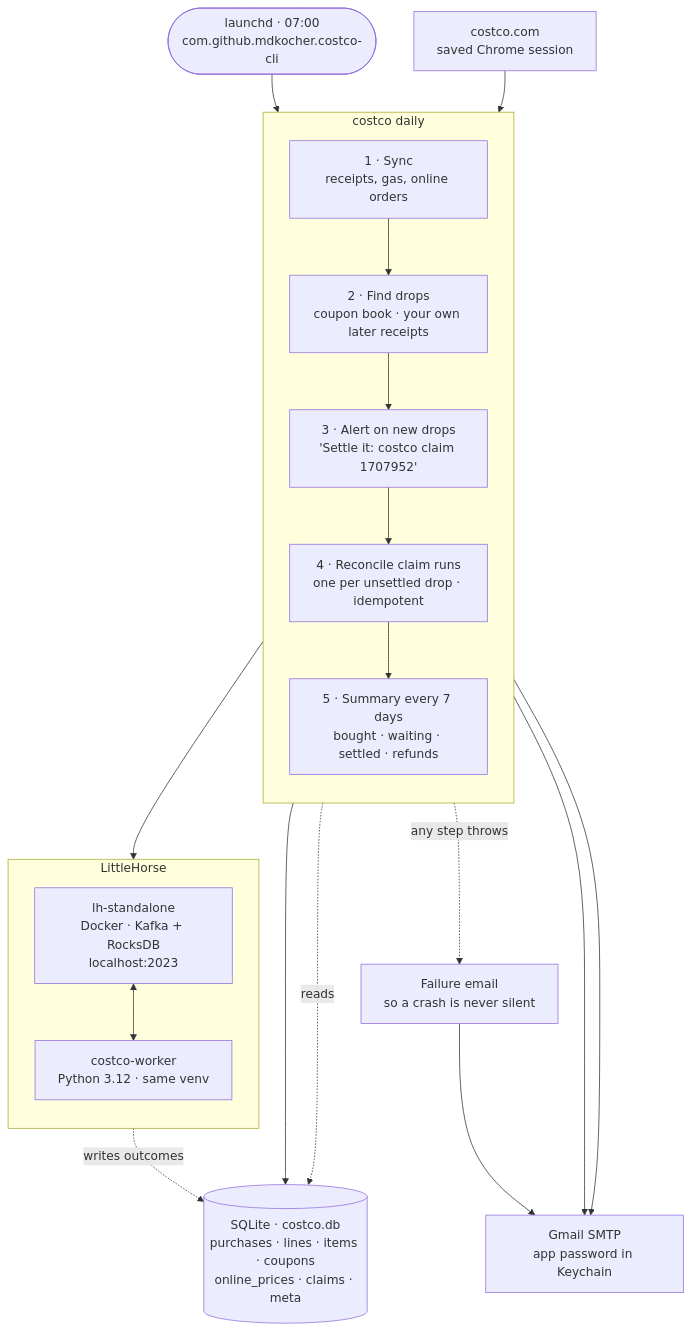
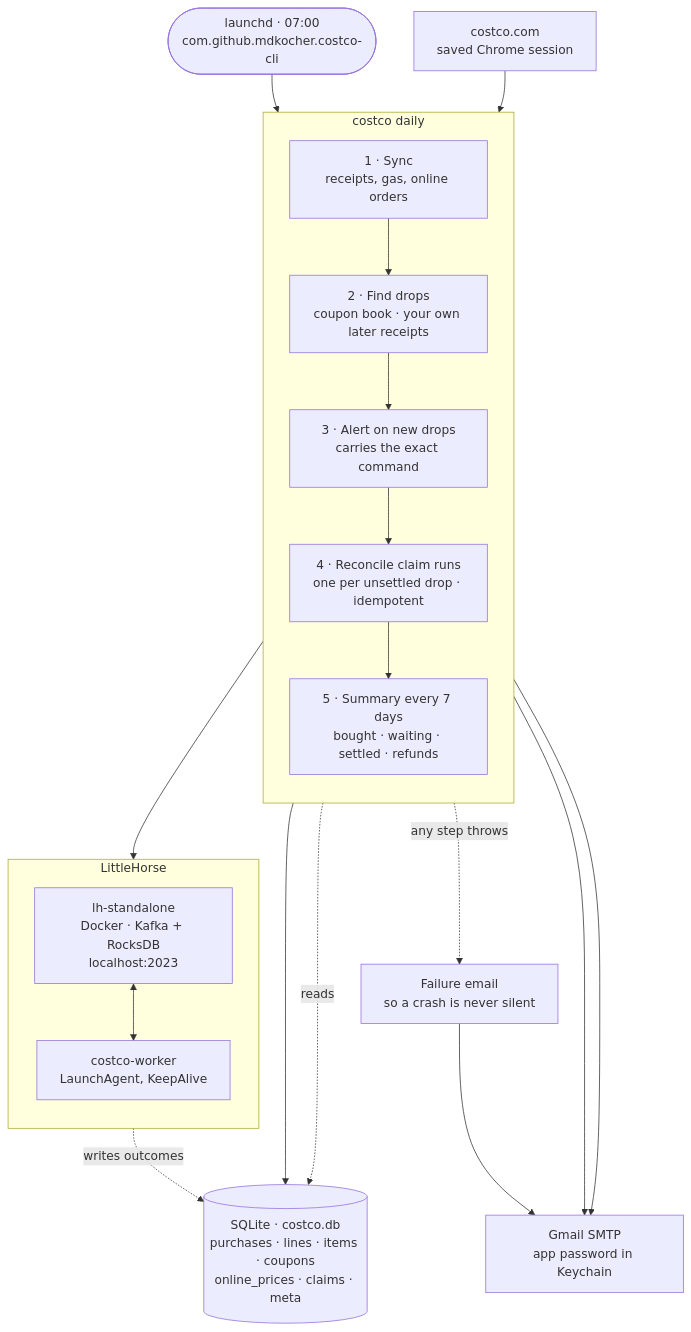
The first of 2 diagrams in docs/ARCHITECTURE.md (mdkocher/costco-cli), drawn with Mermaid before and after one commit. The commit also changed other lines of this file and 1 other file, not shown here.

First line of the commit message:
Bring the docs up to the new command surface

````diff
--- a/docs/ARCHITECTURE.md
+++ b/docs/ARCHITECTURE.md
@@ -12,36 +12,36 @@
 ```mermaid
 flowchart TB
     cron(["launchd · 07:00<br/>com.github.mdkocher.costco-cli"]) --> sync
 
     subgraph job["costco daily"]
         direction TB
         sync["1 · Sync<br/>receipts, gas, online orders"]
         drops["2 · Find drops<br/>coupon book · your own later receipts"]
-        alert["3 · Alert on new drops<br/>'Settle it: costco claim 1707952'"]
+        alert["3 · Alert on new drops<br/>carries the exact command"]
         recon["4 · Reconcile claim runs<br/>one per unsettled drop · idempotent"]
         summary["5 · Summary every 7 days<br/>bought · waiting · settled · refunds"]
         sync --> drops --> alert --> recon --> summary
     end
 
     costco["costco.com<br/>saved Chrome session"]
     gmail["Gmail SMTP<br/>app password in Keychain"]
     db[("SQLite · costco.db<br/>purchases · lines · items · coupons<br/>online_prices · claims · meta")]
     fail["Failure email<br/>so a crash is never silent"]
 
     subgraph lh["LittleHorse"]
         direction TB
         server["lh-standalone<br/>Docker · Kafka + RocksDB<br/>localhost:2023"]
-        worker["costco-worker<br/>Python 3.12 · same venv"]
+        worker["costco-worker<br/>LaunchAgent, KeepAlive"]
         server <--> worker
     end
 
     costco --> sync
     sync --> db
     drops -. reads .-> db
     alert --> gmail
     summary --> gmail
     recon --> server
     worker -. writes outcomes .-> db
     summary -. any step throws .-> fail
     fail --> gmail
 ```
````
